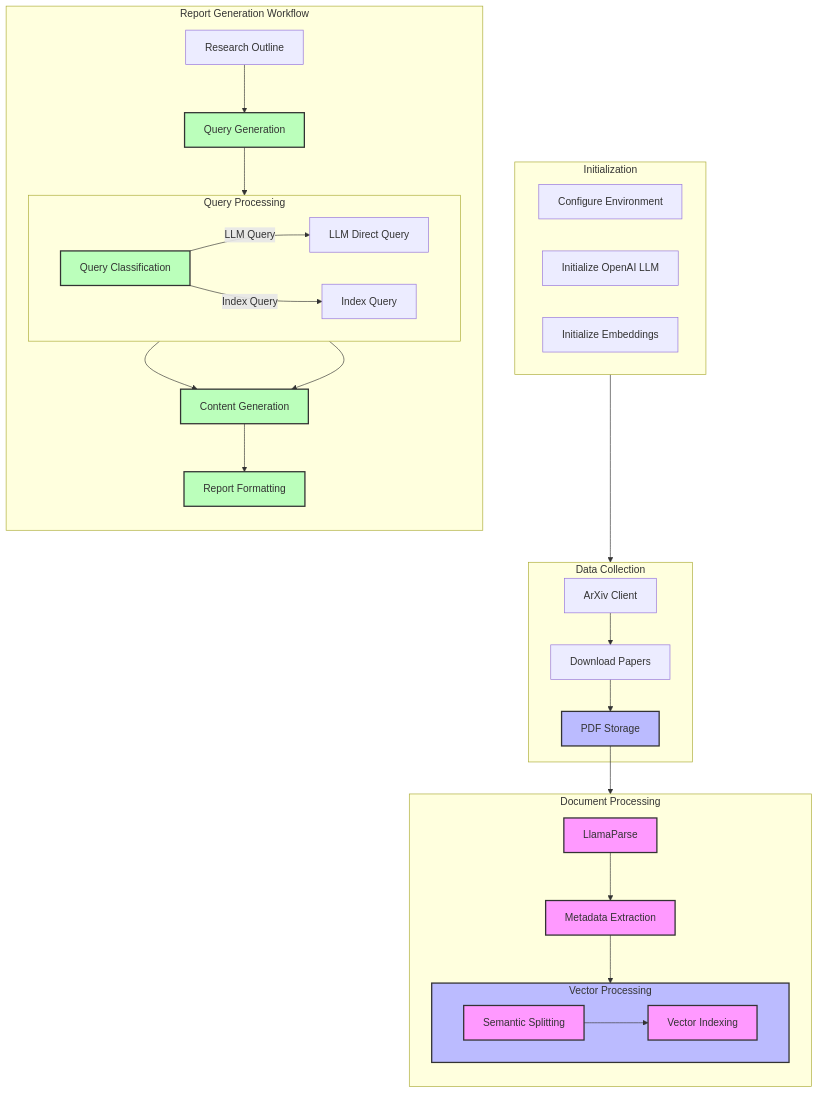
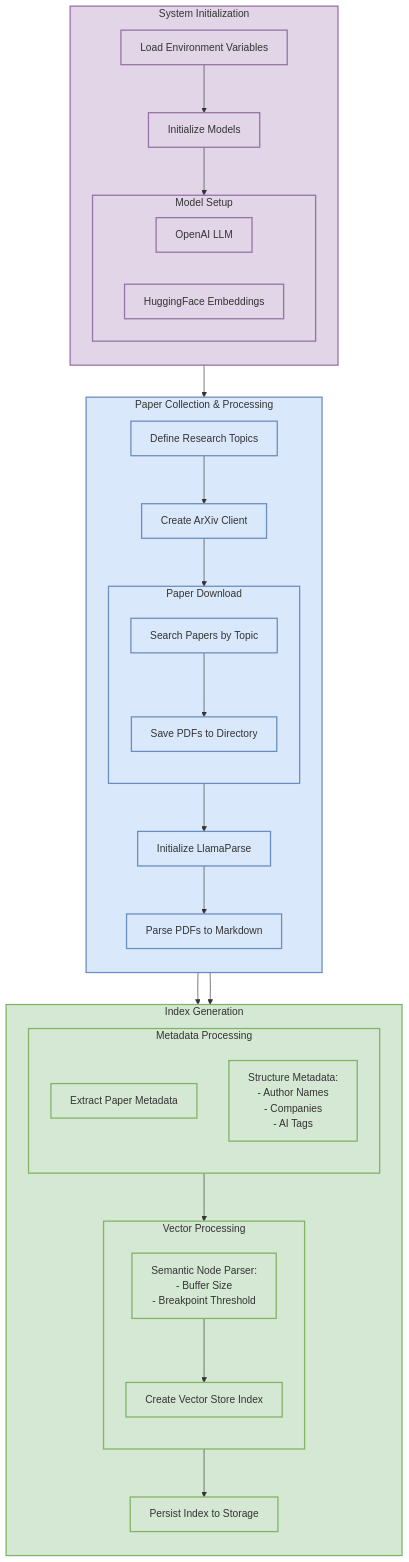
One commit to kargarisaac/research_paper_report_generation changed the first of 2 diagrams in Readme.md. Above: the diagram before and after it, drawn with Mermaid. The commit also changed other lines of this file, not shown here.

````diff
--- a/Readme.md
+++ b/Readme.md
@@ -10,63 +11,71 @@
 ```mermaid
 flowchart TB
-    subgraph Init["Initialization"]
-        config["Configure Environment"]
-        llm["Initialize OpenAI LLM"]
-        embed["Initialize Embeddings"]
-    end
-
-    subgraph Collection["Data Collection"]
-        arxiv["ArXiv Client"]
-        download["Download Papers"]
-        pdf["PDF Storage"]
-    end
-
-    subgraph Processing["Document Processing"]
-        parser["LlamaParse"]
-        meta["Metadata Extraction"]
+    subgraph Init["System Initialization"]
         direction TB
-        subgraph vec["Vector Processing"]
-            splitting["Semantic Splitting"]
-            indexing["Vector Indexing"]
+        env["Load Environment Variables"]
+        models["Initialize Models"]
+        subgraph ModelInit["Model Setup"]
+            direction LR
+            llm["OpenAI LLM"]
+            embed["HuggingFace Embeddings"]
         end
     end
 
-    subgraph ReportGen["Report Generation Workflow"]
+    subgraph DataCollection["Paper Collection & Processing"]
         direction TB
-        outline["Research Outline"]
-        queries["Query Generation"]
-        subgraph QueryProc["Query Processing"]
-            direction LR
-            classify["Query Classification"]
-            llm_query["LLM Direct Query"]
-            index_query["Index Query"]
+        topics["Define Research Topics"]
+        arxiv["Create ArXiv Client"]
+        subgraph Download["Paper Download"]
+            direction TB
+            search["Search Papers by Topic"]
+            save["Save PDFs to Directory"]
         end
-        content["Content Generation"]
-        format["Report Formatting"]
+        parser["Initialize LlamaParse"]
+        parse["Parse PDFs to Markdown"]
     end
 
-    Init --> Collection
-    arxiv --> download
-    download --> pdf
-    pdf --> parser
-    parser --> meta
-    meta --> vec
-    splitting --> indexing
+    subgraph IndexCreation["Index Generation"]
+        direction TB
+        subgraph MetaProcess["Metadata Processing"]
+            direction TB
+            extract["Extract Paper Metadata"]
+            meta_struct["Structure Metadata:
+            - Author Names
+            - Companies
+            - AI Tags"]
+        end
+        subgraph VectorProcess["Vector Processing"]
+            direction TB
+            semantic["Semantic Node Parser:
+            - Buffer Size
+            - Breakpoint Threshold"]
+            vector["Create Vector Store Index"]
+        end
+        persist["Persist Index to Storage"]
+    end
+
+    Init --> DataCollection
+    env --> models
+    models --> ModelInit
     
-    outline --> queries
-    queries --> classify
-    classify -->|LLM Query| llm_query
-    classify -->|Index Query| index_query
-    llm_query --> content
-    index_query --> content
-    content --> format
+    topics --> arxiv
+    arxiv --> Download
+    search --> save
+    save --> parser
+    parser --> parse
     
+    parse --> IndexCreation
+    parse --> MetaProcess
+    meta_struct --> semantic
+    semantic --> vector
+    vector --> persist
+
     %% Styling
-    classDef process fill:#f9f,stroke:#333,stroke-width:2px
-    classDef storage fill:#bbf,stroke:#333,stroke-width:2px
-    classDef workflow fill:#bfb,stroke:#333,stroke-width:2px
+    classDef init fill:#e1d5e7,stroke:#9673a6,stroke-width:2px
+    classDef data fill:#dae8fc,stroke:#6c8ebf,stroke-width:2px
+    classDef index fill:#d5e8d4,stroke:#82b366,stroke-width:2px
     
-    class parser,meta,splitting,indexing process
-    class pdf,vec storage
-    class queries,classify,content,format workflow
+    class Init,env,models,ModelInit,llm,embed init
+    class DataCollection,topics,arxiv,Download,search,save,parser,parse data
+    class IndexCreation,MetaProcess,extract,meta_struct,VectorProcess,semantic,vector,persist index
 ```
````
